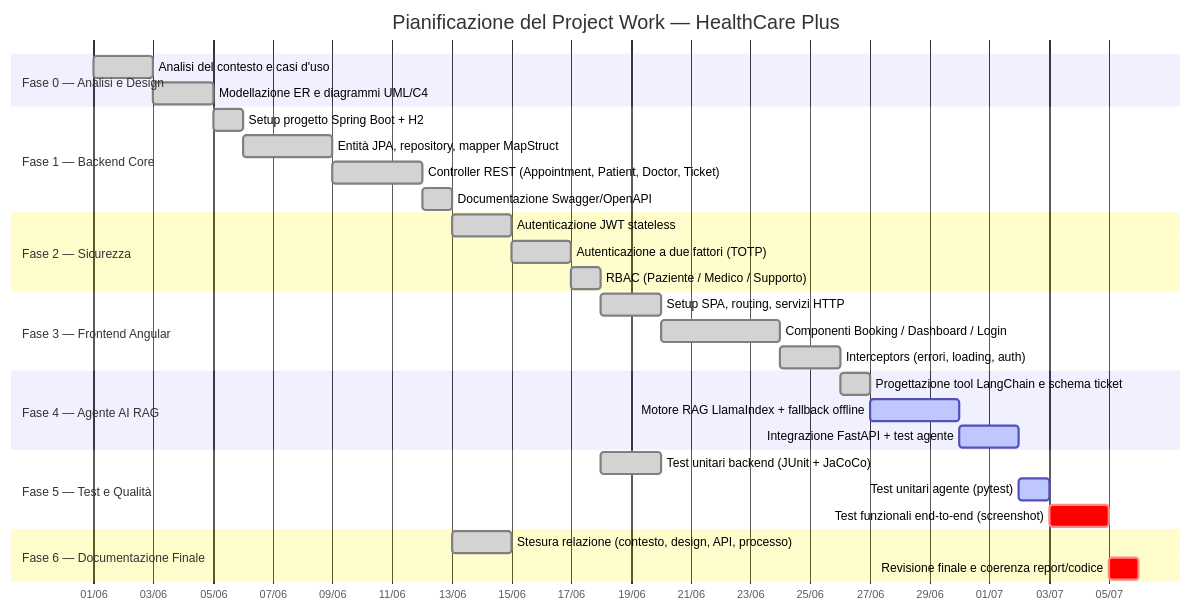
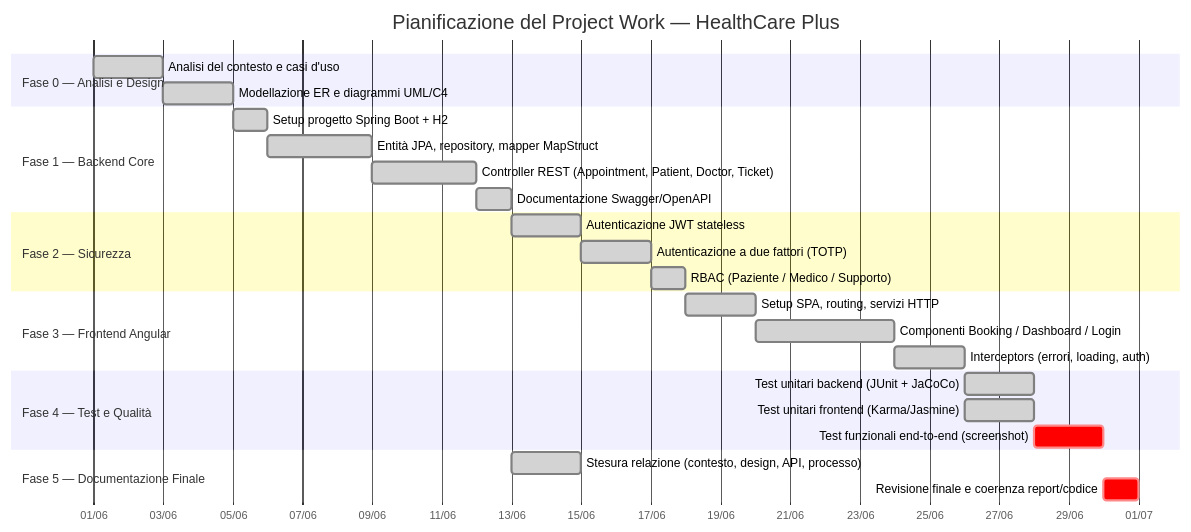
The diagram in doc/7-Pianificazione_Fasi.md (acapodanno/project-work-l-31), drawn with Mermaid before and after one commit. The commit also changed other lines of this file and 7893 other files, not shown here.

````diff
--- a/doc/7-Pianificazione_Fasi.md
+++ b/doc/7-Pianificazione_Fasi.md
@@ -25,40 +24,35 @@
 ```mermaid
 gantt
     title Pianificazione del Project Work — HealthCare Plus
     dateFormat  YYYY-MM-DD
     axisFormat  %d/%m
 
     section Fase 0 — Analisi e Design
     Analisi del contesto e casi d'uso        :done, f0a, 2026-06-01, 2d
     Modellazione ER e diagrammi UML/C4       :done, f0b, after f0a, 2d
 
     section Fase 1 — Backend Core
     Setup progetto Spring Boot + H2          :done, f1a, after f0b, 1d
     Entità JPA, repository, mapper MapStruct :done, f1b, after f1a, 3d
     Controller REST (Appointment, Patient, Doctor, Ticket) :done, f1c, after f1b, 3d
     Documentazione Swagger/OpenAPI           :done, f1d, after f1c, 1d
 
     section Fase 2 — Sicurezza
     Autenticazione JWT stateless             :done, f2a, after f1d, 2d
     Autenticazione a due fattori (TOTP)      :done, f2b, after f2a, 2d
     RBAC (Paziente / Medico / Supporto)      :done, f2c, after f2b, 1d
 
     section Fase 3 — Frontend Angular
     Setup SPA, routing, servizi HTTP         :done, f3a, after f2c, 2d
     Componenti Booking / Dashboard / Login   :done, f3b, after f3a, 4d
     Interceptors (errori, loading, auth)     :done, f3c, after f3b, 2d
 
-    section Fase 4 — Agente AI RAG
-    Progettazione tool LangChain e schema ticket :done, f4a, after f3c, 1d
-    Motore RAG LlamaIndex + fallback offline :active, f4b, after f4a, 3d
-    Integrazione FastAPI + test agente       :active, f4c, after f4b, 2d
+    section Fase 4 — Test e Qualità
+    Test unitari backend (JUnit + JaCoCo)    :done, f4a, after f3c, 2d
+    Test unitari frontend (Karma/Jasmine)    :done, f4b, after f3c, 2d
+    Test funzionali end-to-end (screenshot)  :crit, f4c, after f4b, 2d
 
-    section Fase 5 — Test e Qualità
-    Test unitari backend (JUnit + JaCoCo)    :done, f5a, after f2c, 2d
-    Test unitari agente (pytest)             :active, f5b, after f4c, 1d
-    Test funzionali end-to-end (screenshot)  :crit, f5c, after f5b, 2d
-
-    section Fase 6 — Documentazione Finale
-    Stesura relazione (contesto, design, API, processo) :done, f6a, after f1d, 2d
-    Revisione finale e coerenza report/codice :crit, f6b, after f5c, 1d
+    section Fase 5 — Documentazione Finale
+    Stesura relazione (contesto, design, API, processo) :done, f5a, after f1d, 2d
+    Revisione finale e coerenza report/codice :crit, f5b, after f4c, 1d
 ```
````
